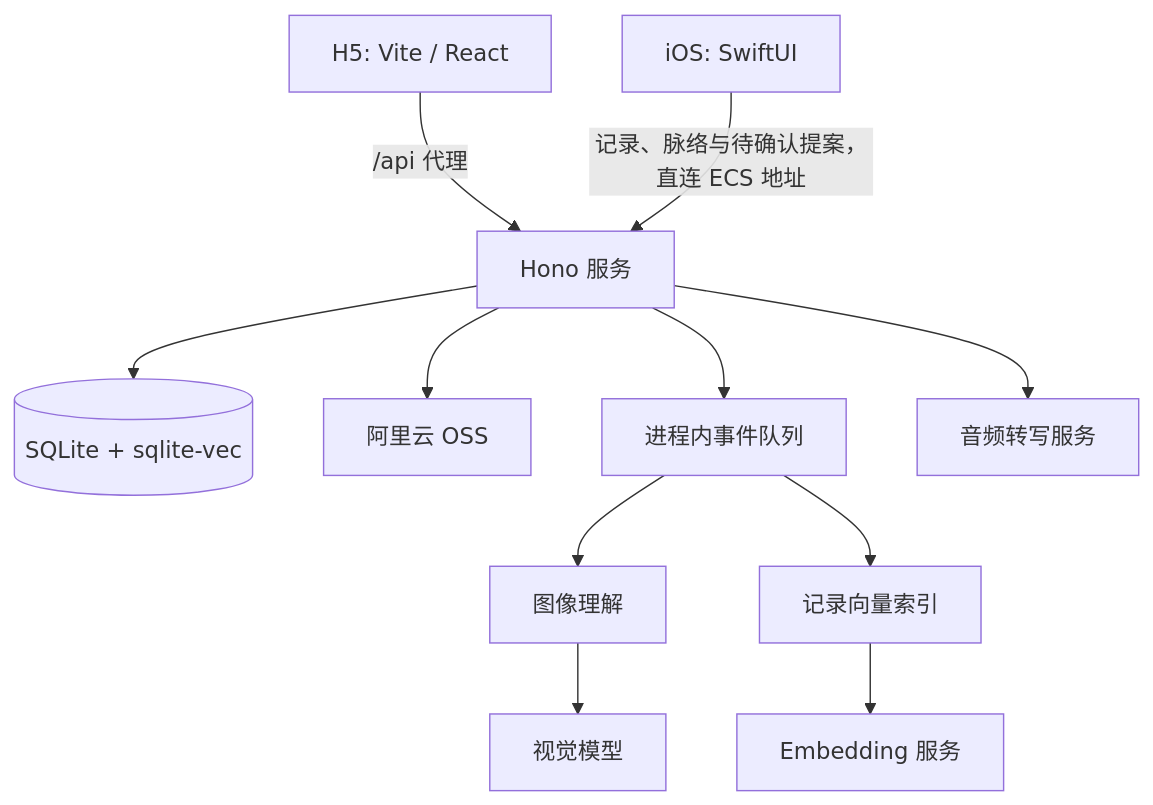
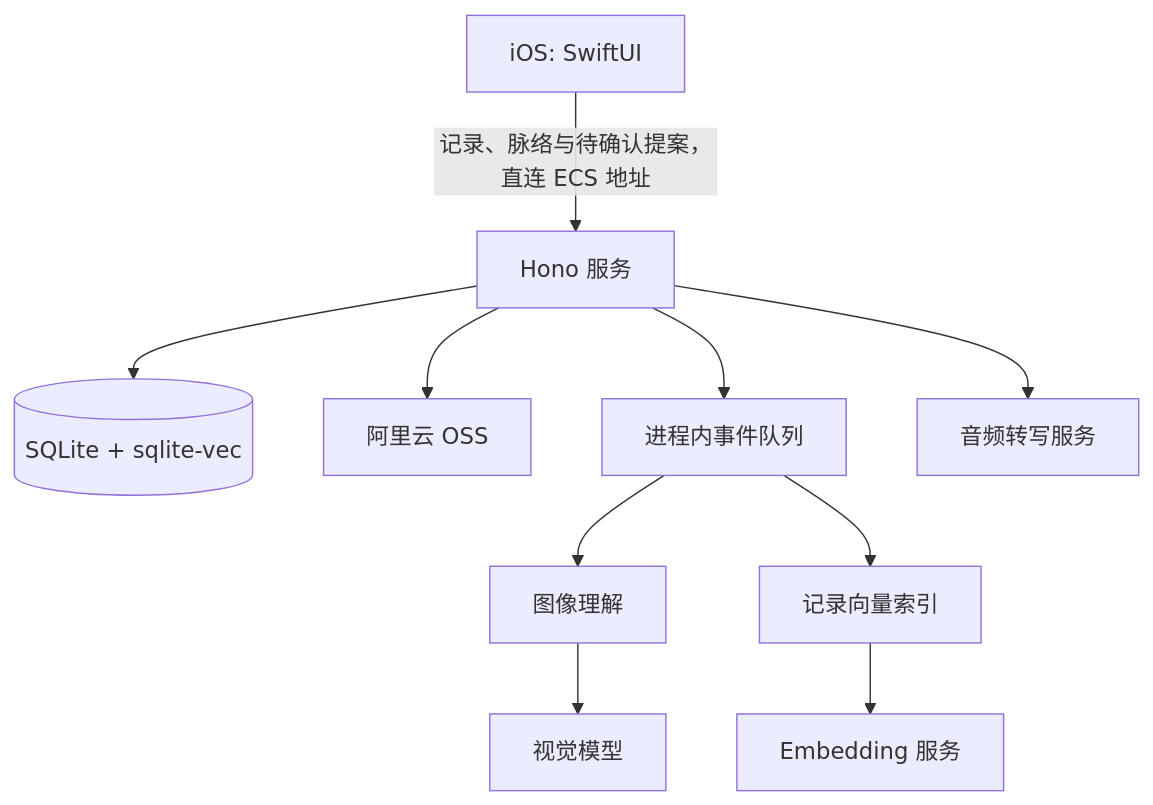
Before and after one commit to huiru-wang/fanto: the diagram in docs/architecture.md, drawn with Mermaid. The commit also changed other lines of this file and 50 other files, not shown here.

````diff
--- a/docs/architecture.md
+++ b/docs/architecture.md
@@ -5,13 +5,12 @@
 ```mermaid
 flowchart TB
-  H5[H5: Vite / React] -->|/api 代理| S
   IOS[iOS: SwiftUI] -->|记录、脉络与待确认提案，直连 ECS 地址| S[Hono 服务]
   S --> DB[(SQLite + sqlite-vec)]
   S --> OSS[阿里云 OSS]
   S --> Q[进程内事件队列]
   Q --> IMG[图像理解]
   Q --> MEM[记录向量索引]
   MEM --> EMB[Embedding 服务]
   IMG --> VL[视觉模型]
   S --> ASR[音频转写服务]
 ```
````
